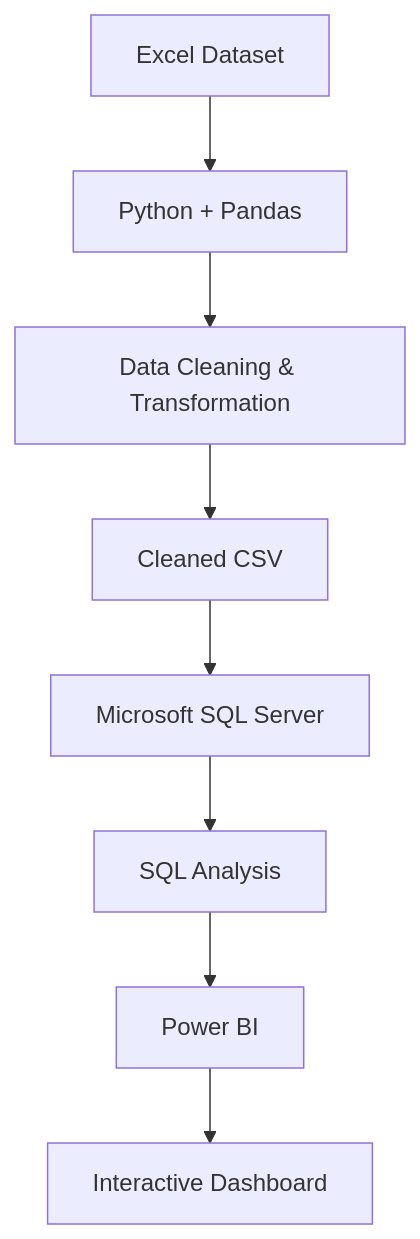
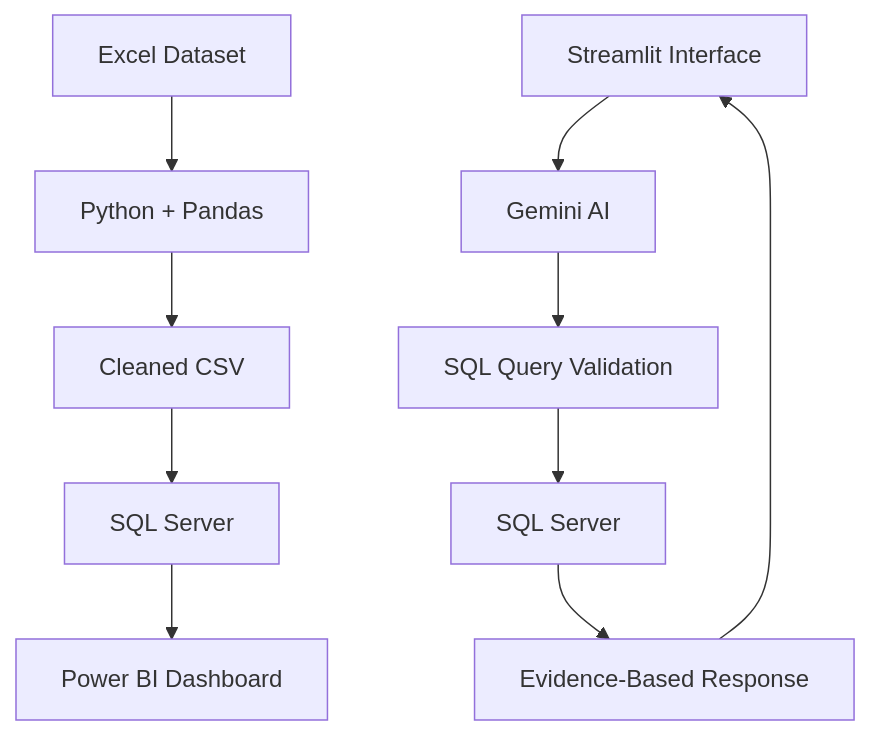
The third of 3 diagrams in README.md (SujalAnvekar/Customer-Behavior-Analysis), drawn with Mermaid before and after one commit. The commit also changed other lines of this file, not shown here.

````diff
--- a/README.md
+++ b/README.md
@@ -10,19 +244,25 @@
 ```mermaid
 flowchart TD
     A[Excel Dataset]
     B[Python + Pandas]
-    C[Data Cleaning & Transformation]
-    D[Cleaned CSV]
-    E[Microsoft SQL Server]
-    F[SQL Analysis]
-    G[Power BI]
-    H[Interactive Dashboard]
+    C[Cleaned CSV]
+    D[SQL Server]
+    E[Power BI Dashboard]
+
+    F[Streamlit Interface]
+    G[Gemini AI]
+    H[SQL Query Validation]
+    I[SQL Server]
+    J[Evidence-Based Response]
 
     A --> B
     B --> C
     C --> D
     D --> E
-    E --> F
+
     F --> G
     G --> H
+    H --> I
+    I --> J
+    J --> F
 ```
````
